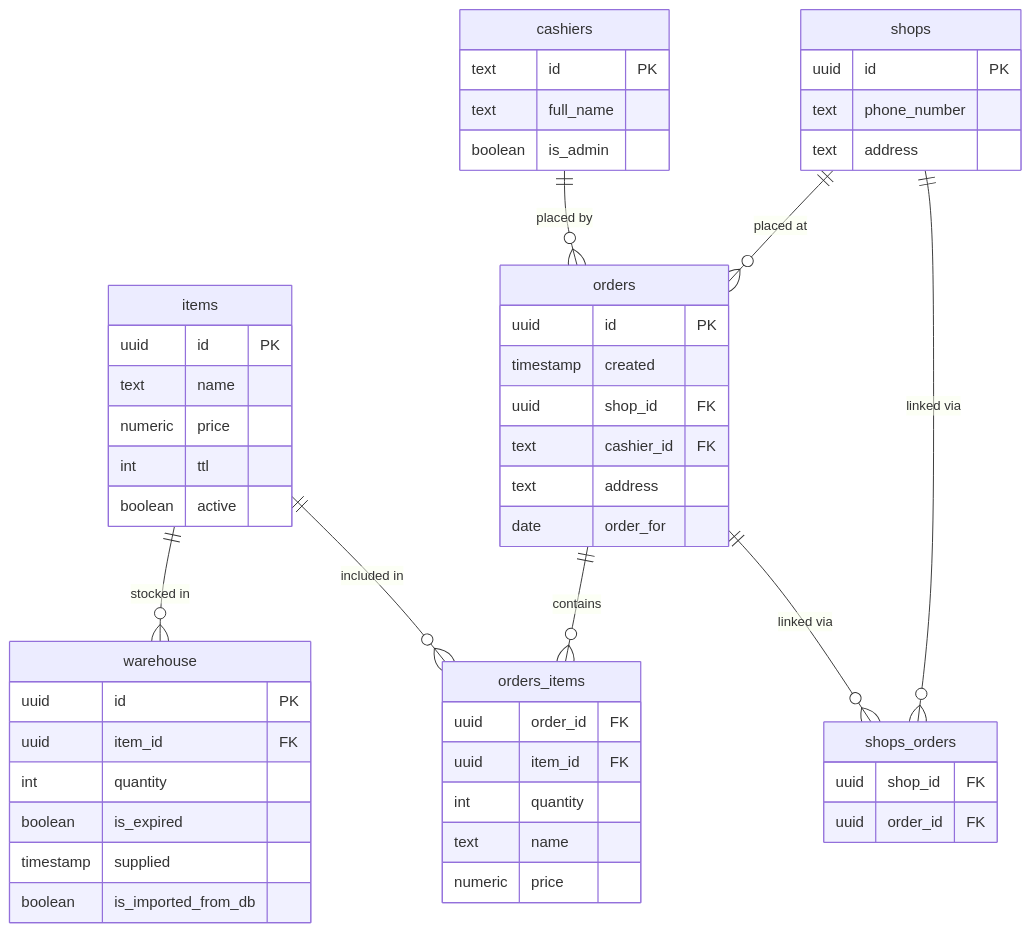
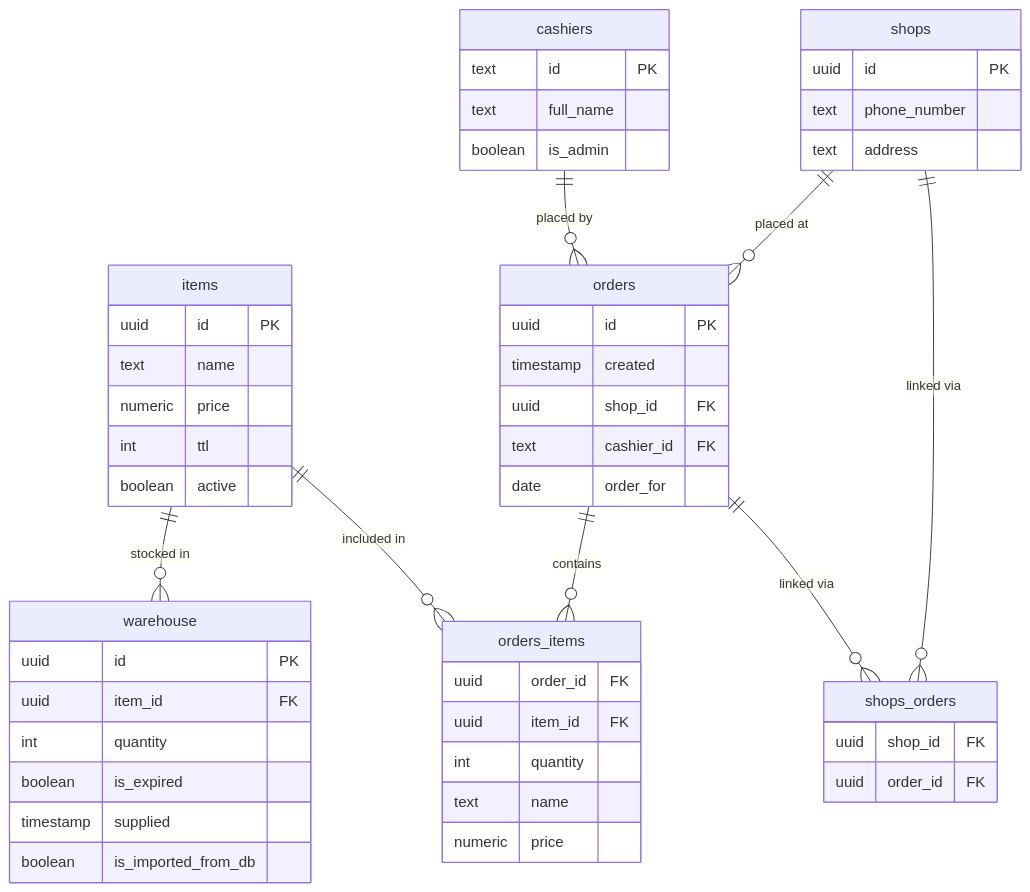
One commit to slavikyd/vanil_web changed the diagram in README.md. Above: the diagram before and after it, drawn with Mermaid.

Commit message:
Update README.md
Remove 'address' field from orders table

````diff
--- a/README.md
+++ b/README.md
@@ -1,56 +1,55 @@
 ```mermaid
 erDiagram
     shops {
         uuid id PK
         text phone_number
         text address
     }
     items {
         uuid id PK
         text name
         numeric price
         int ttl
         boolean active
     }
     warehouse {
         uuid id PK
         uuid item_id FK
         int quantity
         boolean is_expired
         timestamp supplied
         boolean is_imported_from_db
     }
     cashiers {
         text id PK
         text full_name
         boolean is_admin
     }
     orders {
         uuid id PK
         timestamp created
         uuid shop_id FK
         text cashier_id FK
-        text address
         date order_for
     }
     orders_items {
         uuid order_id FK
         uuid item_id FK
         int quantity
         text name
         numeric price
     }
     shops_orders {
         uuid shop_id FK
         uuid order_id FK
     }
 
     shops ||--o{ orders : "placed at"
     shops ||--o{ shops_orders : "linked via"
     cashiers ||--o{ orders : "placed by"
     orders ||--o{ orders_items : "contains"
     orders ||--o{ shops_orders : "linked via"
     items ||--o{ warehouse : "stocked in"
     items ||--o{ orders_items : "included in"
 
 ```
````
